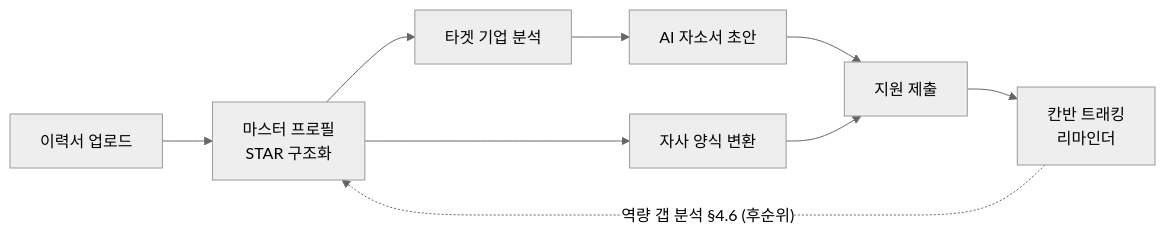
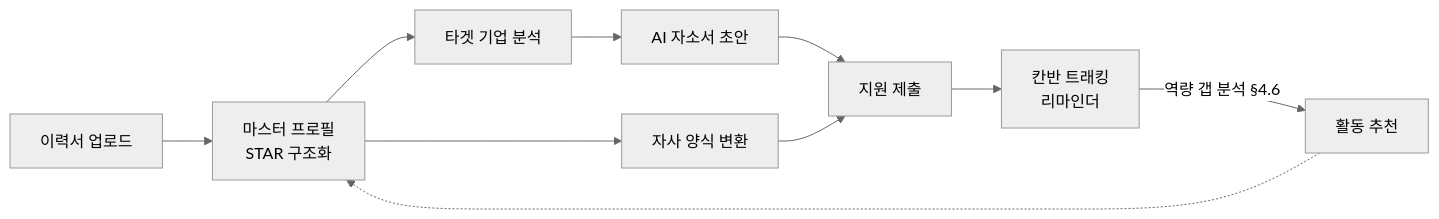
Before and after one commit to kimtaejin3/one-form: the second of 2 diagrams in docs/IA.md, drawn with Mermaid (neutral theme). The commit also changed other lines of this file and 3 other files, not shown here.

````diff
--- a/docs/IA.md
+++ b/docs/IA.md
@@ -23,11 +24,12 @@
 ```mermaid
 flowchart LR
     U["이력서 업로드"] --> M["마스터 프로필<br/>STAR 구조화"]
     M --> A["타겟 기업 분석"]
     A --> D["AI 자소서 초안"]
     M --> F["자사 양식 변환"]
     D --> S["지원 제출"]
     F --> S
     S --> K["칸반 트래킹<br/>리마인더"]
-    K -.->|"역량 갭 분석 §4.6 (후순위)"| M
+    K -->|"역량 갭 분석 §4.6"| R["활동 추천"]
+    R -.-> M
 ```
````
